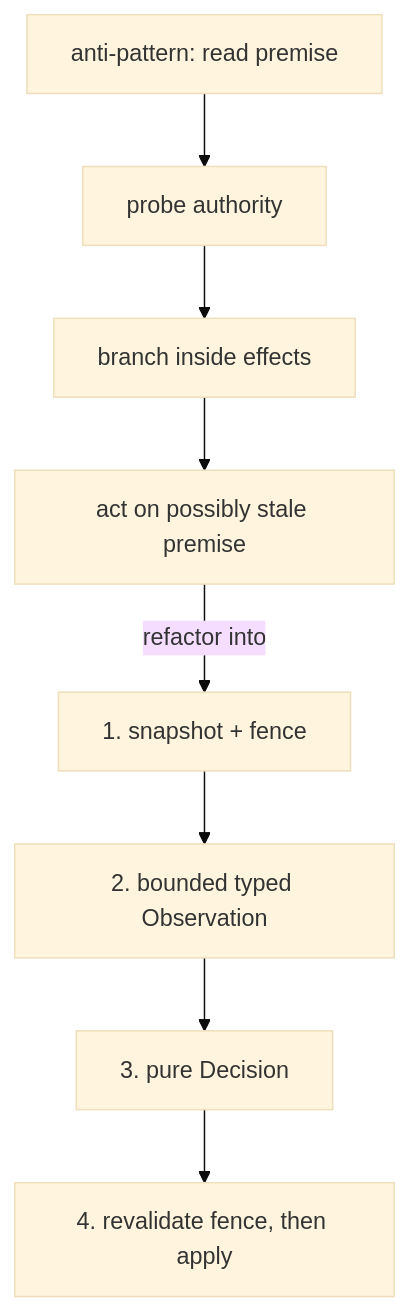
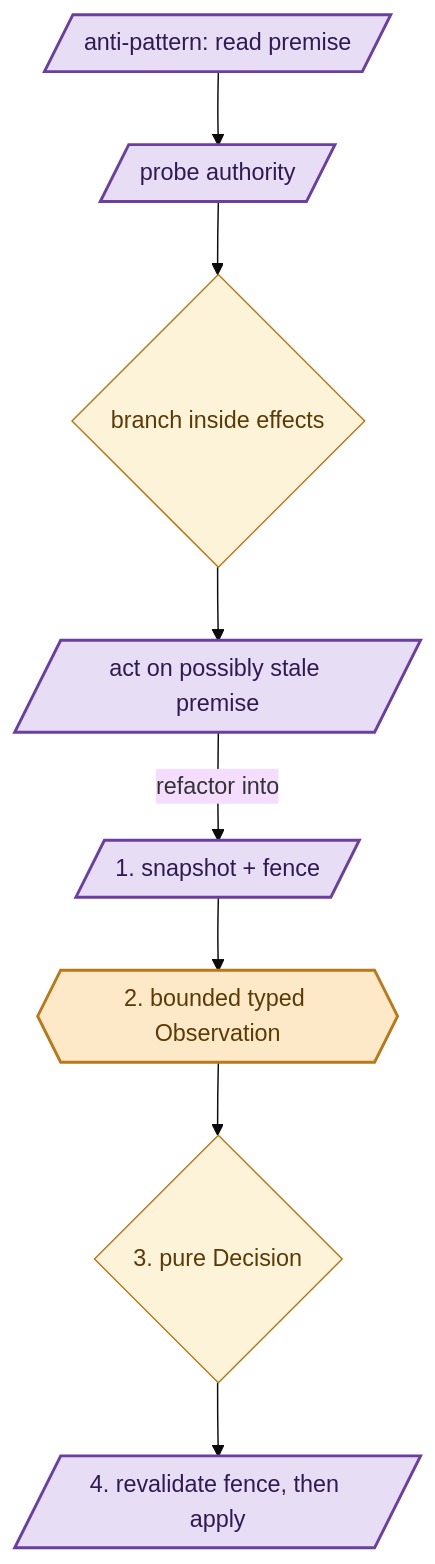
One commit to Tuee22/amoebius changed the second of 6 diagrams in documents/engineering/chaos_failover_doctrine.md. Above: the diagram before and after it, drawn with Mermaid (base theme). The commit also changed other lines of this file and 36 other files, not shown here.

````diff
--- a/documents/engineering/chaos_failover_doctrine.md
+++ b/documents/engineering/chaos_failover_doctrine.md
@@ -339,10 +341,13 @@
 ```mermaid
 flowchart TD
-  T1["anti-pattern: read premise"] --> T2["probe authority"]
-  T2 --> T3["branch inside effects"]
-  T3 --> T4["act on possibly stale premise"]
-  L1["1. snapshot + fence"] --> L2["2. bounded typed Observation"]
-  L2 --> L3["3. pure Decision"]
-  L3 --> L4["4. revalidate fence, then apply"]
+  T1[/"anti-pattern: read premise"/]:::effect --> T2[/"probe authority"/]:::effect
+  T2 --> T3{"branch inside effects"}:::decision
+  T3 --> T4[/"act on possibly stale premise"/]:::effect
+  L1[/"1. snapshot + fence"/]:::effect --> L2{{"2. bounded typed Observation"}}:::gate
+  L2 --> L3{"3. pure Decision"}:::decision
+  L3 --> L4[/"4. revalidate fence, then apply"/]:::effect
   T4 -->|"refactor into"| L1
+  classDef gate     fill:#fde9c8,stroke:#b8791b,color:#5c3a06,stroke-width:2px
+  classDef decision fill:#fdf3d8,stroke:#b8791b,color:#5c3a06,stroke-width:1px
+  classDef effect   fill:#e7ddf5,stroke:#6b3fa0,color:#2f1a52,stroke-width:2px
 ```
````
